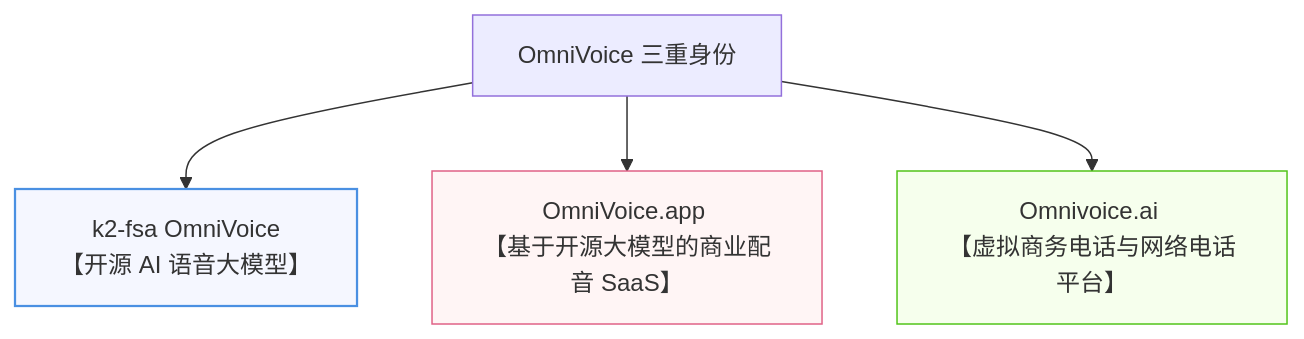
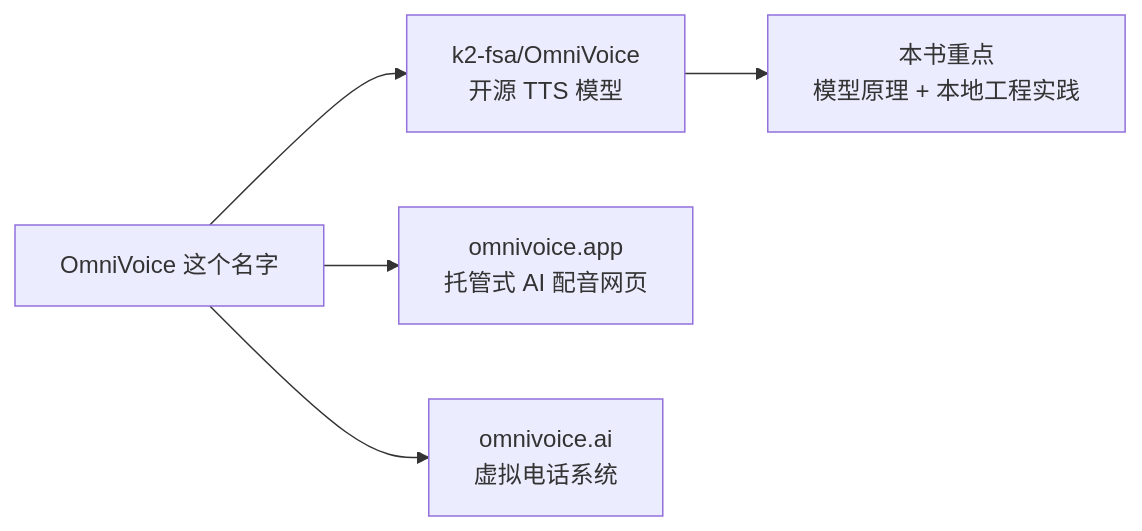
Before and after one commit to dugenkui03/OmniVoice: the first of 2 diagrams in books/chapter13_OmniVoice生态.md, drawn with Mermaid. The commit also changed other lines of this file and 29 other files, not shown here.

Commit message:
Refine OmniVoice TTS learning book and add chapter diagrams

````diff
--- a/books/chapter13_OmniVoice生态.md
+++ b/books/chapter13_OmniVoice生态.md
@@ -13,10 +11,7 @@
 ```mermaid
-graph TD
-    A["OmniVoice 三重身份"] --> B["k2-fsa OmniVoice <br>【开源 AI 语音大模型】"]
-    A --> C["OmniVoice.app <br>【基于开源大模型的商业配音 SaaS】"]
-    A --> D["Omnivoice.ai <br>【虚拟商务电话与网络电话平台】"]
-    
-    style B fill:#f5f7ff,stroke:#4a90e2,stroke-width:1.5px
-    style C fill:#fff5f5,stroke:#e06287,stroke-width:1px
-    style D fill:#f6ffed,stroke:#52c41a,stroke-width:1px
+flowchart LR
+    A["OmniVoice 这个名字"] --> B["k2-fsa/OmniVoice<br/>开源 TTS 模型"]
+    A --> C["omnivoice.app<br/>托管式 AI 配音网页"]
+    A --> D["omnivoice.ai<br/>虚拟电话系统"]
+    B --> E["本书重点<br/>模型原理 + 本地工程实践"]
 ```
````
